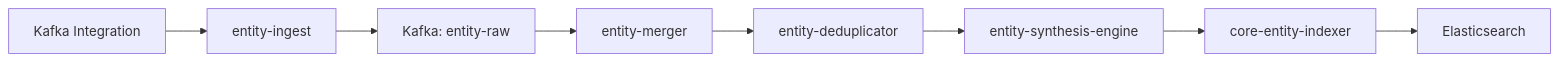
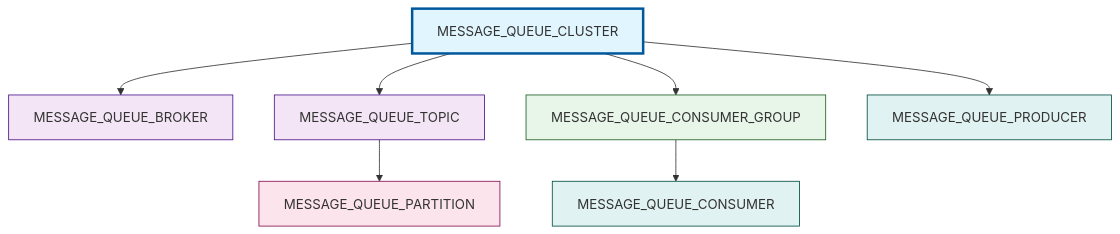
One commit to deepaucksharma/entity-platform-syllabus changed the second of 4 diagrams in KAFKA_ENTITY_DEFINITIONS_COMPLETE_WIKI.md. Above: the diagram before and after it, drawn with Mermaid. The commit also changed other lines of this file and 3 other files, not shown here.

````diff
--- a/KAFKA_ENTITY_DEFINITIONS_COMPLETE_WIKI.md
+++ b/KAFKA_ENTITY_DEFINITIONS_COMPLETE_WIKI.md
@@ -4258,10 +325,17 @@
 ```mermaid
-graph LR
-    A[Kafka Integration] --> B[entity-ingest]
-    B --> C[Kafka: entity-raw]
-    C --> D[entity-merger]
-    D --> E[entity-deduplicator]
-    E --> F[entity-synthesis-engine]
-    F --> G[core-entity-indexer]
-    G --> H[Elasticsearch]
+graph TD
+    A[MESSAGE_QUEUE_CLUSTER] --> B[MESSAGE_QUEUE_BROKER]
+    A --> C[MESSAGE_QUEUE_TOPIC]
+    C --> D[MESSAGE_QUEUE_PARTITION]
+    A --> E[MESSAGE_QUEUE_CONSUMER_GROUP]
+    E --> F[MESSAGE_QUEUE_CONSUMER]
+    A --> G[MESSAGE_QUEUE_PRODUCER]
+    
+    style A fill:#e1f5fe,stroke:#01579b,stroke-width:3px
+    style B fill:#f3e5f5,stroke:#4a148c
+    style C fill:#f3e5f5,stroke:#4a148c
+    style D fill:#fce4ec,stroke:#880e4f
+    style E fill:#e8f5e9,stroke:#1b5e20
+    style F fill:#e0f2f1,stroke:#004d40
+    style G fill:#e0f2f1,stroke:#004d40
 ```
````
